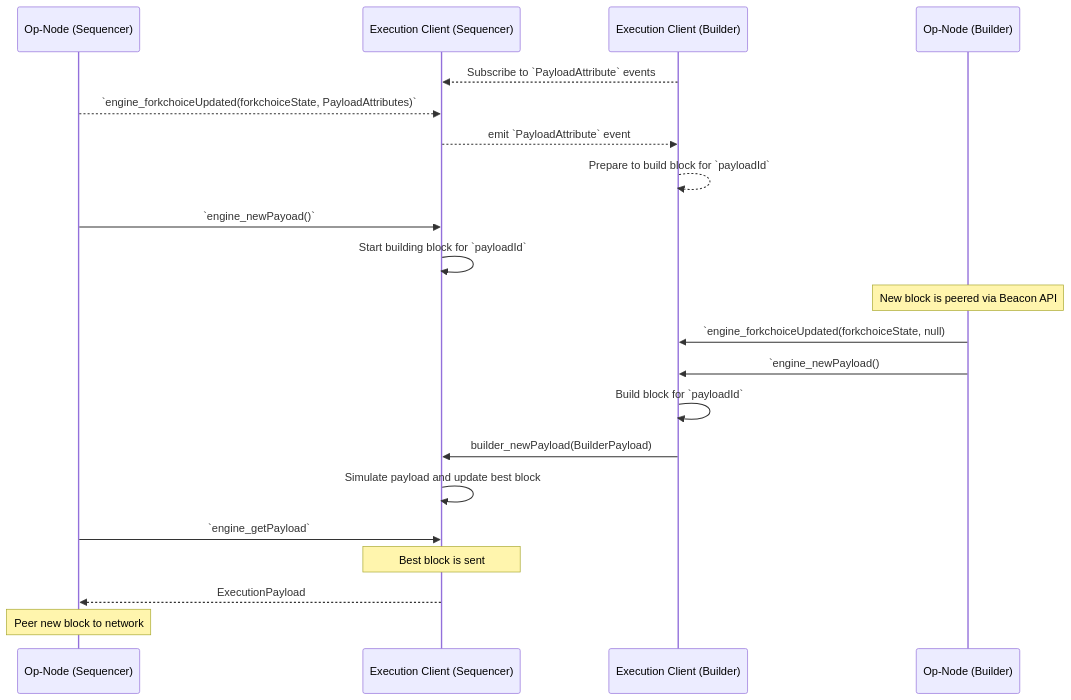
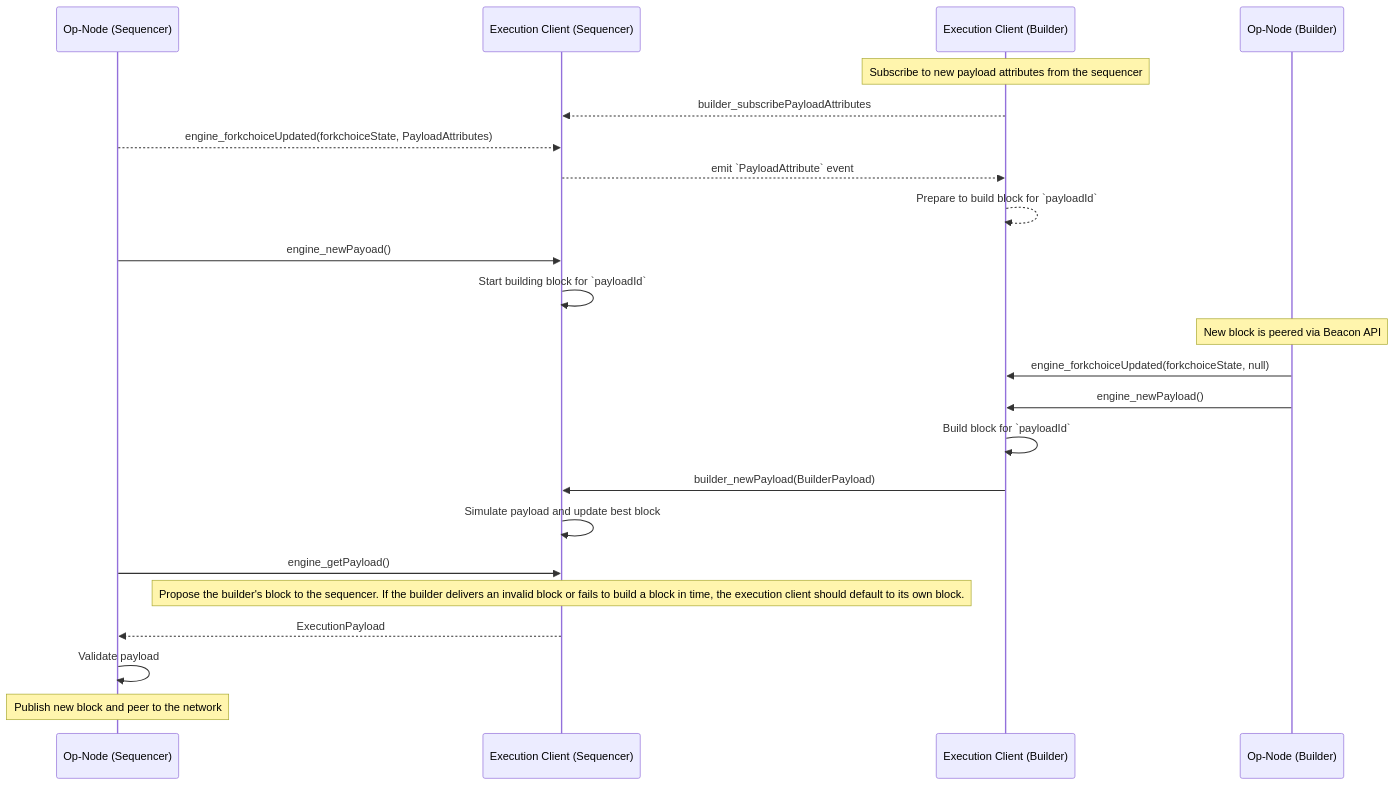
One commit to 0xKitsune/specs changed the diagram in specs/experimental/builder.md. Above: the diagram before and after it, drawn with Mermaid.

Commit message:
update notes

````diff
--- a/specs/experimental/builder.md
+++ b/specs/experimental/builder.md
@@ -38,32 +38,31 @@
 ```mermaid
 sequenceDiagram
     participant CLS as Op-Node (Sequencer)
     participant ELS as Execution Client (Sequencer)
     participant ELB as Execution Client (Builder)
     participant CLB as Op-Node (Builder)
 
-    %% Pick subscription endpoint %%
-    ELB-->>ELS: Subscribe to `PayloadAttribute` events
+    Note over ELB: Subscribe to new payload attributes from the sequencer
+    ELB-->>ELS: builder_subscribePayloadAttributes
 
-    %% Update to event emission %%
-    CLS-->>ELS: `engine_forkchoiceUpdated(forkchoiceState, PayloadAttributes)`
+    CLS-->>ELS: engine_forkchoiceUpdated(forkchoiceState, PayloadAttributes)
     ELS-->>ELB: emit `PayloadAttribute` event
     ELB-->>ELB: Prepare to build block for `payloadId`
-    CLS->>ELS: `engine_newPayoad()`
+    CLS->>ELS: engine_newPayoad()
     ELS->>ELS: Start building block for `payloadId`
 
     Note over CLB: New block is peered via Beacon API
-    CLB->>ELB: `engine_forkchoiceUpdated(forkchoiceState, null)
-    CLB->>ELB: `engine_newPayload()
+    CLB->>ELB: engine_forkchoiceUpdated(forkchoiceState, null)
+    CLB->>ELB: engine_newPayload()
 
     ELB->>ELB: Build block for `payloadId`
     ELB->>ELS: builder_newPayload(BuilderPayload)
     ELS->>ELS: Simulate payload and update best block
 
-    CLS->>ELS: `engine_getPayload`
-    
-    Note over ELS: Best block is sent
+    CLS->>ELS: engine_getPayload()
+    Note over ELS: Propose the builder's block to the sequencer. If the builder delivers an invalid block or fails to build a block in time, the execution client should default to its own block. 
     ELS-->>CLS: ExecutionPayload
 
-    Note over CLS: Peer new block to network
+    CLS->>CLS: Validate payload
+    Note over CLS: Publish new block and peer to the network
 ```
````
